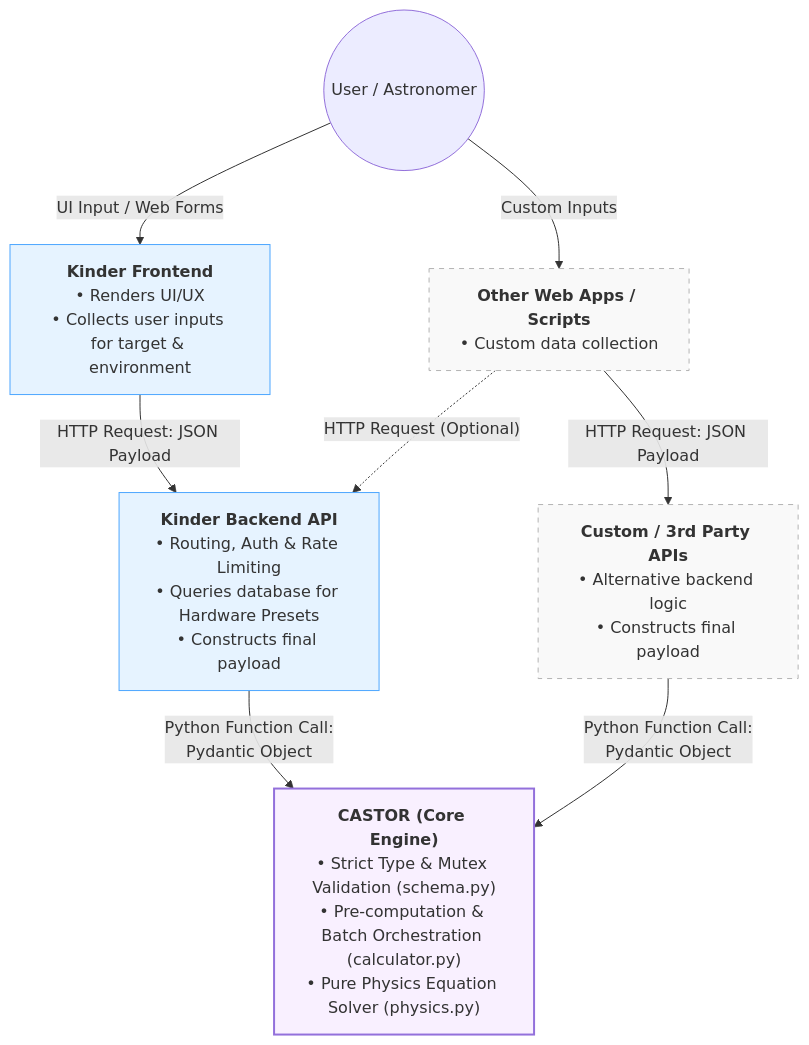
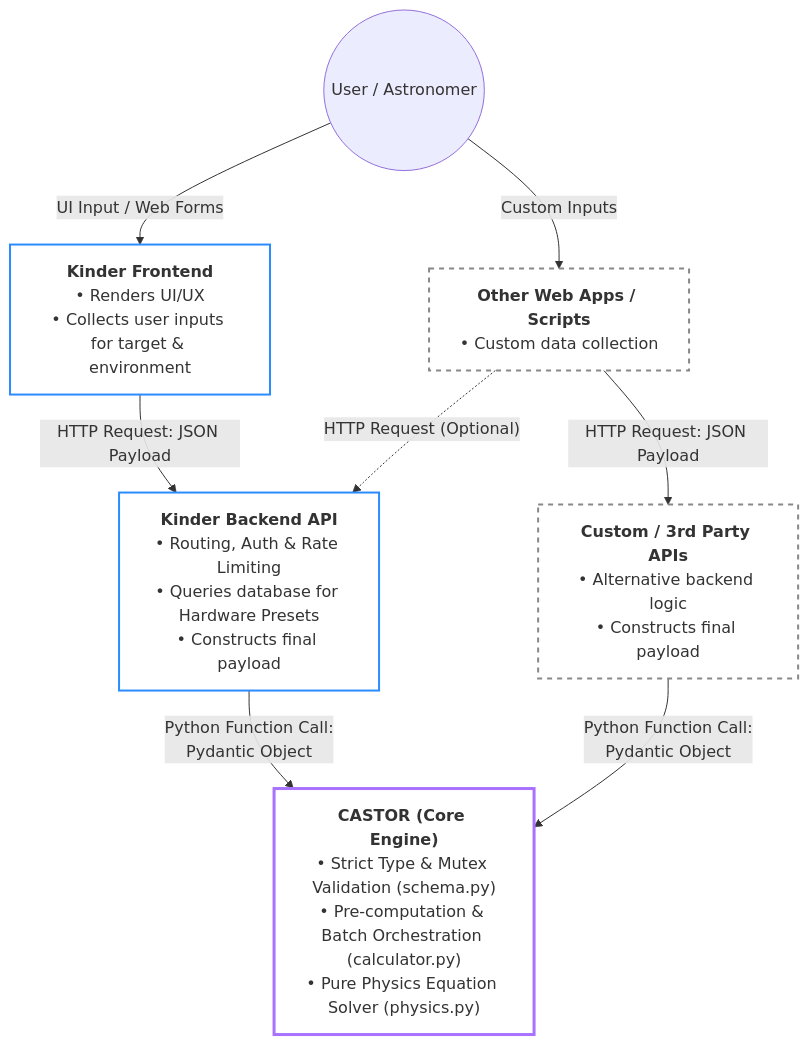
One commit to happpycorn/CASTOR changed the diagram in docs/architecture.md. Above: the diagram before and after it, drawn with Mermaid.

Commit message:
change color for GitHub display

````diff
--- a/docs/architecture.md
+++ b/docs/architecture.md
@@ -17,38 +17,38 @@
 ```mermaid
 flowchart TD
     %% 定義終端使用者
     User((User / Astronomer))
 
     %% 定義 Client Layer 節點
     KinderClient["<b>Kinder Frontend</b><br>• Renders UI/UX<br>• Collects user inputs for target & environment"]
     OtherClient["<b>Other Web Apps / Scripts</b><br>• Custom data collection"]
 
     %% 定義 API Layer 節點
     KinderAPI["<b>Kinder Backend API</b><br>• Routing, Auth & Rate Limiting<br>• Queries database for Hardware Presets<br>• Constructs final payload"]
     OtherAPI["<b>Custom / 3rd Party APIs</b><br>• Alternative backend logic<br>• Constructs final payload"]
 
     %% 定義 Core Engine 節點
     CASTOR["<b>CASTOR (Core Engine)</b><br>• Strict Type & Mutex Validation (schema.py)<br>• Pre-computation & Batch Orchestration (calculator.py)<br>• Pure Physics Equation Solver (physics.py)"]
 
     %% 資料流向：使用者到前端
     User -- "UI Input / Web Forms" --> KinderClient
     User -- "Custom Inputs" --> OtherClient
 
     %% 資料流向：前端到 API
     KinderClient -- "HTTP Request: JSON Payload" --> KinderAPI
     OtherClient -- "HTTP Request: JSON Payload" --> OtherAPI
     
     %% (選用) 外部 Client 也可以直接打 Kinder 的 API
     OtherClient -. "HTTP Request (Optional)" .-> KinderAPI
 
     %% 資料流向：API 到 CASTOR 核心
     KinderAPI -- "Python Function Call:<br>Pydantic Object" --> CASTOR
     OtherAPI -- "Python Function Call:<br>Pydantic Object" --> CASTOR
 
     %% 設定視覺樣式
-    style CASTOR fill:#f9f0ff,stroke:#9370db,stroke-width:2px
-    style KinderClient fill:#e6f3ff,stroke:#4da6ff,stroke-width:1px
-    style KinderAPI fill:#e6f3ff,stroke:#4da6ff,stroke-width:1px
-    style OtherClient fill:#f9f9f9,stroke:#b3b3b3,stroke-width:1px,stroke-dasharray: 5 5
-    style OtherAPI fill:#f9f9f9,stroke:#b3b3b3,stroke-width:1px,stroke-dasharray: 5 5
+    style CASTOR fill:transparent,stroke:#a871ff,stroke-width:3px
+    style KinderClient fill:transparent,stroke:#2b8cff,stroke-width:2px
+    style KinderAPI fill:transparent,stroke:#2b8cff,stroke-width:2px
+    style OtherClient fill:transparent,stroke:#888888,stroke-width:2px,stroke-dasharray: 5 5
+    style OtherAPI fill:transparent,stroke:#888888,stroke-width:2px,stroke-dasharray: 5 5
 ```
````
